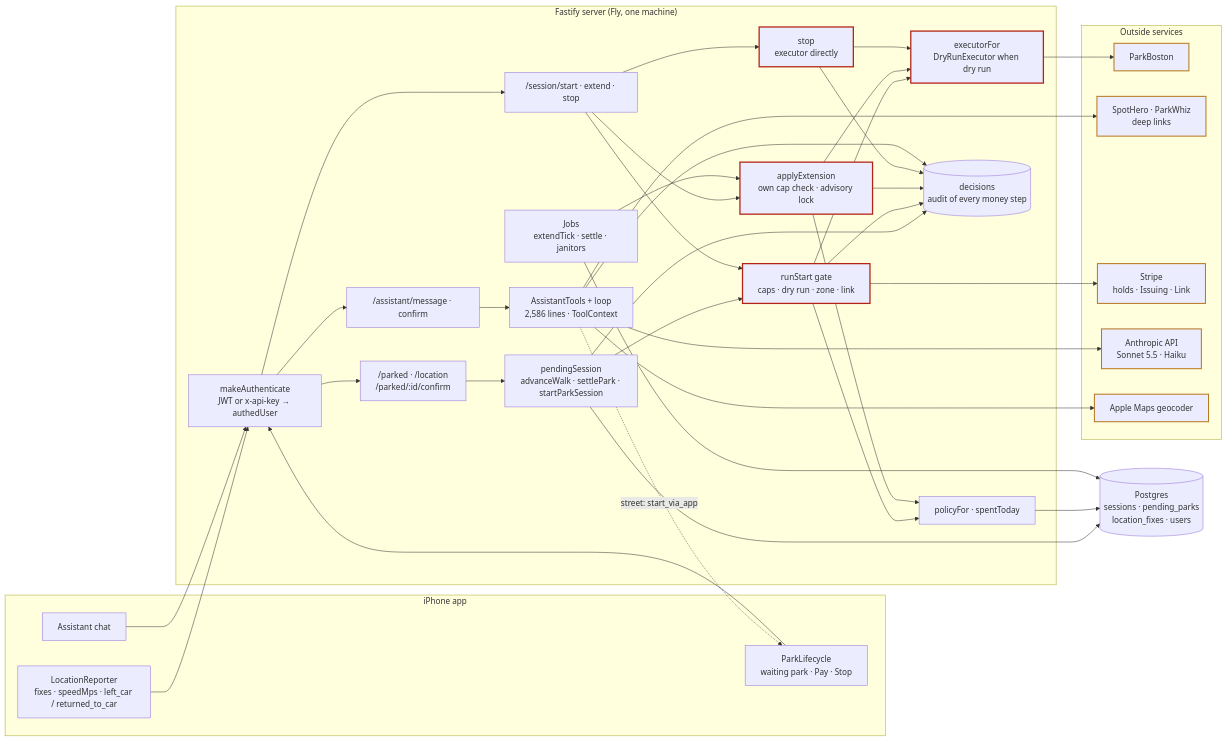
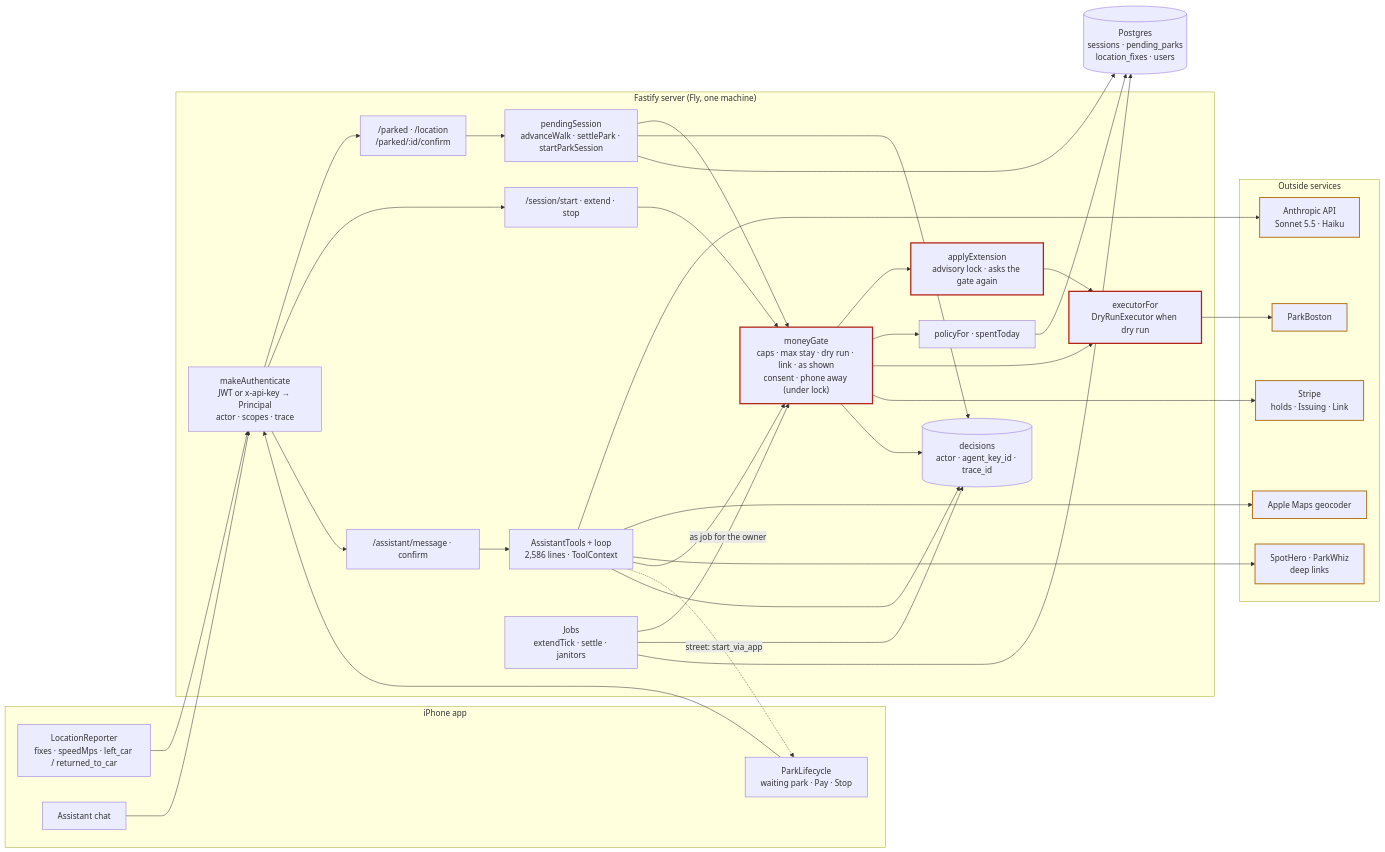
One commit to thomasbardhi01/parkagent changed the first of 4 diagrams in docs/architecture.md. Above: the diagram before and after it, drawn with Mermaid. The commit also changed other lines of this file and 32 other files, not shown here.

Commit message:
One money gate, a Principal, and who-acted on every decision (WS-4 PR 1a) (#244)

````diff
--- a/docs/architecture.md
+++ b/docs/architecture.md
@@ -10,57 +10,58 @@
 ```mermaid
 flowchart LR
   subgraph Phone["iPhone app"]
     LR["LocationReporter<br/>fixes · speedMps · left_car / returned_to_car"]
     PL["ParkLifecycle<br/>waiting park · Pay · Stop"]
     AV["Assistant chat"]
   end
 
   subgraph API["Fastify server (Fly, one machine)"]
-    AUTH["makeAuthenticate<br/>JWT or x-api-key → authedUser"]
+    AUTH["makeAuthenticate<br/>JWT or x-api-key → Principal<br/>actor · scopes · trace"]
     R1["/parked · /location<br/>/parked/:id/confirm"]
     R2["/session/start · extend · stop"]
     R3["/assistant/message · confirm"]
     PS["pendingSession<br/>advanceWalk · settlePark · startParkSession"]
-    G1["runStart gate<br/>caps · dry run · zone · link"]
-    G2["applyExtension<br/>own cap check · advisory lock"]
-    G3["stop<br/>executor directly"]
+    GATE["moneyGate<br/>caps · max stay · dry run · link · as shown<br/>consent · phone away (under lock)"]
+    EXT["applyExtension<br/>advisory lock · asks the gate again"]
     AT["AssistantTools + loop<br/>2,586 lines · ToolContext"]
     POL["policyFor · spentToday"]
     EX["executorFor<br/>DryRunExecutor when dry run"]
     JOBS["Jobs<br/>extendTick · settle · janitors"]
-    DEC[("decisions<br/>audit of every money step")]
+    DEC[("decisions<br/>actor · agent_key_id · trace_id")]
   end
 
   subgraph Out["Outside services"]
     PB["ParkBoston"]
     SH["SpotHero · ParkWhiz<br/>deep links"]
     ST["Stripe<br/>holds · Issuing · Link"]
     AN["Anthropic API<br/>Sonnet 5.5 · Haiku"]
     AM["Apple Maps geocoder"]
   end
 
   DB[("Postgres<br/>sessions · pending_parks<br/>location_fixes · users")]
 
   LR --> AUTH
   PL --> AUTH
   AV --> AUTH
   AUTH --> R1 & R2 & R3
   R1 --> PS
-  PS --> G1
-  R2 --> G1 & G2 & G3
+  PS --> GATE
+  R2 --> GATE
   R3 --> AT
   AT --> AN & AM & SH
+  AT --> GATE
   AT -. "street: start_via_app" .-> PL
-  JOBS --> G2
-  G1 & G2 --> POL
-  G1 & G2 & G3 --> EX
+  JOBS -- "as job for the owner" --> GATE
+  GATE --> EXT
+  GATE --> POL
+  GATE & EXT --> EX
   EX --> PB
-  G1 --> ST
-  PS & G1 & G2 & G3 & AT --> DEC
+  GATE --> ST
+  PS & GATE & AT & JOBS --> DEC
   PS & POL & JOBS --> DB
 
   classDef money stroke:#b42318,stroke-width:2.5px
   classDef ext stroke:#b7791f,stroke-width:2px
-  class G1,G2,G3,EX money
+  class GATE,EXT,EX money
   class PB,SH,ST,AN,AM ext
 ```
````
